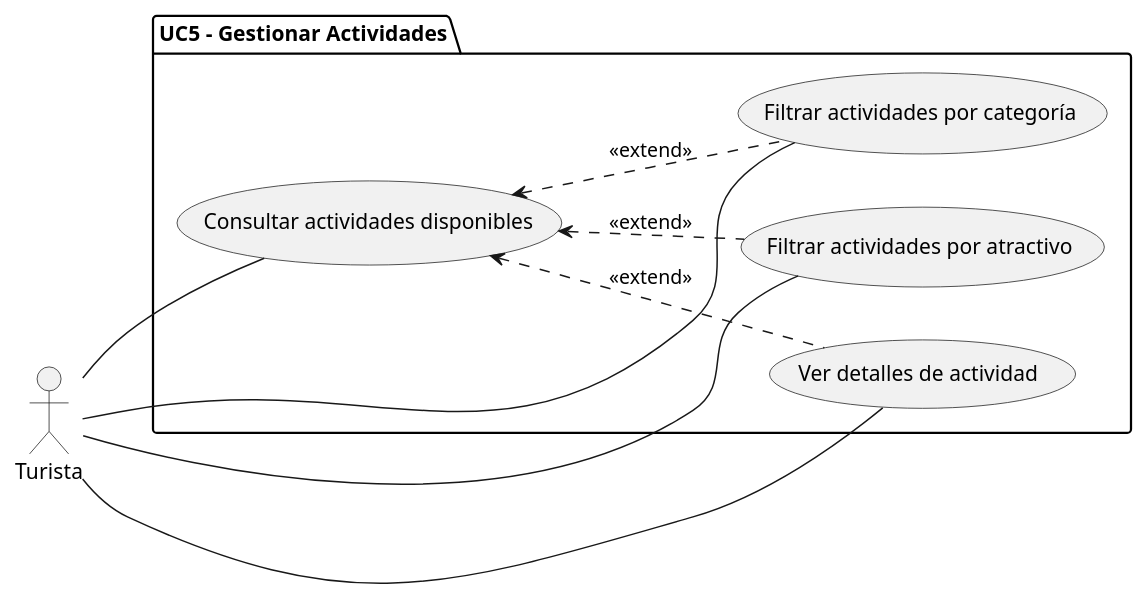
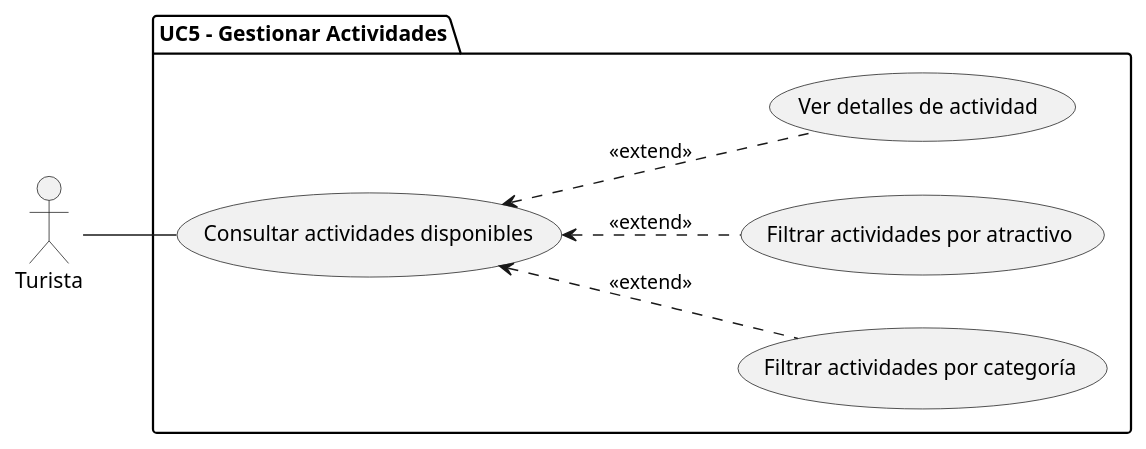
The diagram in docs/modelos/uc-lvl-1/gestionar-actividades/turista-diagrama.puml (LJSaumeth/SM-Xplore-Proto), drawn with PlantUML before and after one commit.

```diff
--- a/docs/modelos/uc-lvl-1/gestionar-actividades/turista-diagrama.puml
+++ b/docs/modelos/uc-lvl-1/gestionar-actividades/turista-diagrama.puml
@@ -1,22 +1,19 @@
 @startuml
 left to right direction
 
 actor Turista as T
 
 package "UC5 - Gestionar Actividades" {
     usecase "Consultar actividades disponibles" as UC1
     usecase "Filtrar actividades por categoría" as UC2
     usecase "Filtrar actividades por atractivo" as UC3
     usecase "Ver detalles de actividad" as UC4
 }
 
 T -- UC1
-T -- UC2
-T -- UC3
-T -- UC4
 
 UC1 <.. UC2 : <<extend>>
 UC1 <.. UC3 : <<extend>>
 UC1 <.. UC4 : <<extend>>
 
 @enduml
```
